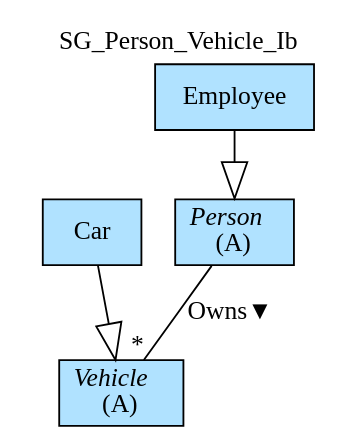
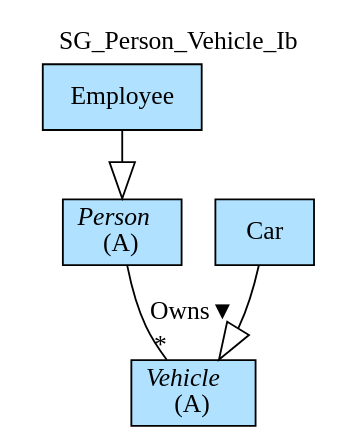
One commit to namalio/Fragmenta changed the diagram in Haskell/FragmentaTests/SGTests/img/SG_Person_Vehicle_Ib.gv. Above: the diagram before and after it, drawn with Graphviz. The commit also changed other lines of this file and 129 other files, not shown here.

```diff
--- a/Haskell/FragmentaTests/SGTests/img/SG_Person_Vehicle_Ib.gv
+++ b/Haskell/FragmentaTests/SGTests/img/SG_Person_Vehicle_Ib.gv
@@ -1,10 +1,10 @@
 digraph {graph[label=SG_Person_Vehicle_Ib,labelloc=tl,labelfontsize=12];
+"Employee"[shape=record,fillcolor=lightskyblue1,style = filled,label="Employee"];
 "Person"[shape=record,fillcolor=lightskyblue1,style = filled,label=<{<I>Person</I><br/>(A)}>];
+"Car"[shape=record,fillcolor=lightskyblue1,style = filled,label="Car"];
 "Vehicle"[shape=record,fillcolor=lightskyblue1,style = filled,label=<{<I>Vehicle</I><br/>(A)}>];
-"Car"[shape=record,fillcolor=lightskyblue1,style = filled,label="Car"];
-"Employee"[shape=record,fillcolor=lightskyblue1,style = filled,label="Employee"];
 
 "Person"->"Vehicle"[label="Owns▼",dir=none,taillabel="",headlabel="*"];
 "Employee"->"Person"[arrowhead=onormal,arrowsize=2.0];
 "Car"->"Vehicle"[arrowhead=onormal,arrowsize=2.0];
 }
```
